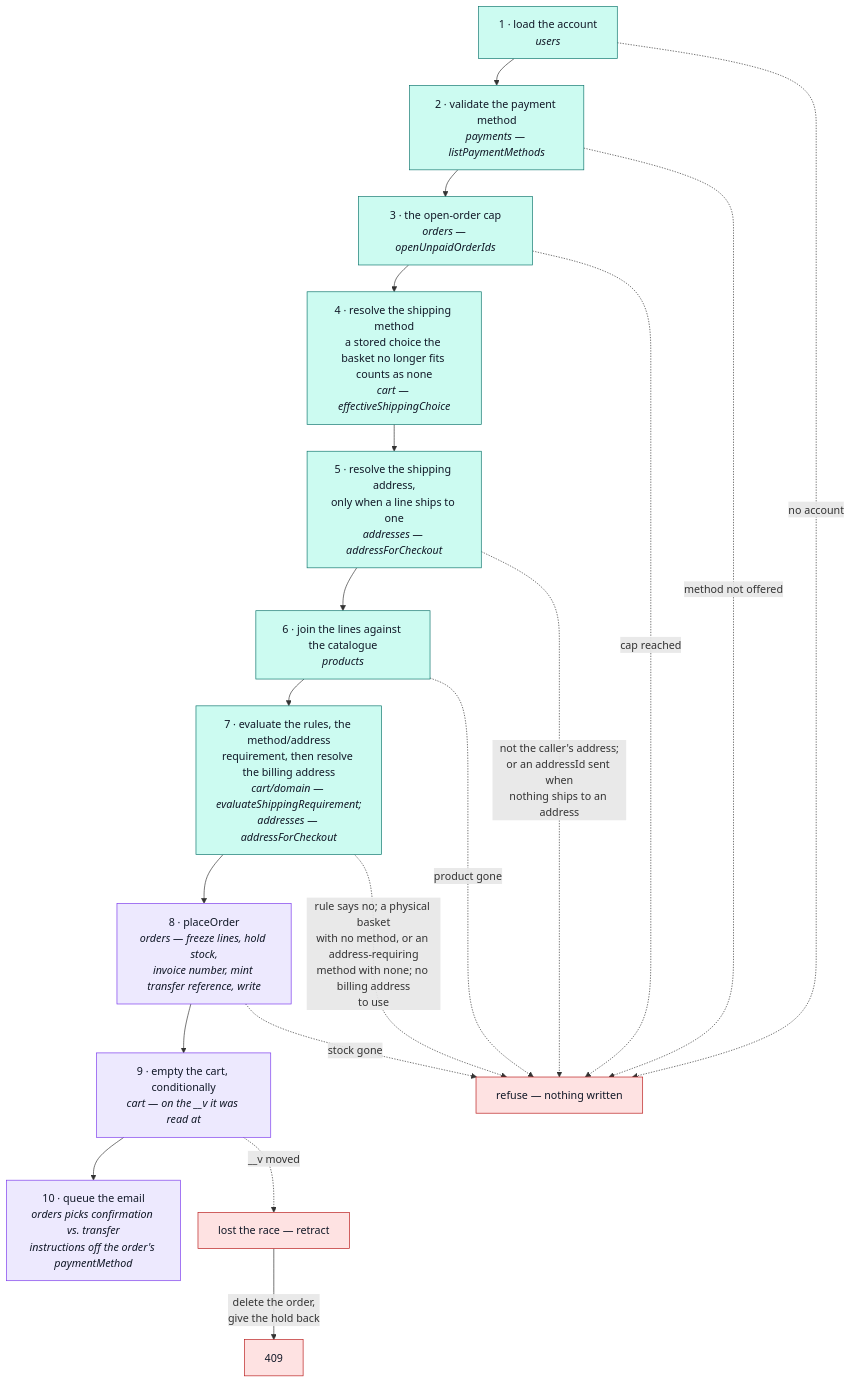
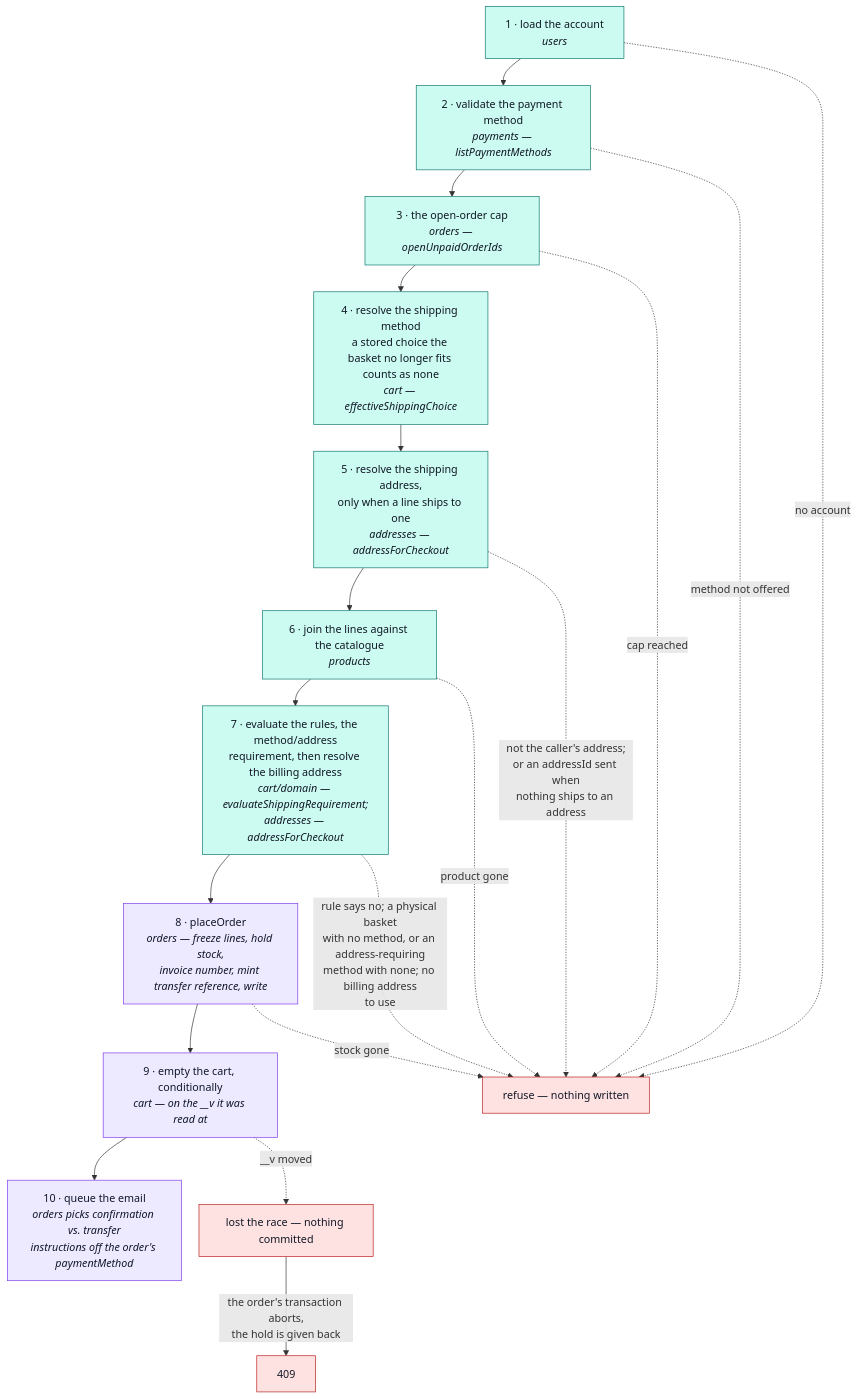
Before and after one commit to Guebbit/boilerplate-node-backend: the diagram in docs/modules/cart-checkout.md, drawn with Mermaid. The commit also changed other lines of this file and 10 other files, not shown here.

First line of the commit message:
fix(cart): clear the cart inside the order's transaction, so a lost race leaves nothing to retract

````diff
--- a/docs/modules/cart-checkout.md
+++ b/docs/modules/cart-checkout.md
@@ -25,33 +25,33 @@
 ```mermaid
 %%{init: {'flowchart': {'nodeSpacing': 26, 'rankSpacing': 40}}}%%
 flowchart TD
     A["1 · load the account<br/><i>users</i>"] --> P["2 · validate the payment method<br/><i>payments — listPaymentMethods</i>"]
     P --> Q["3 · the open-order cap<br/><i>orders — openUnpaidOrderIds</i>"]
     Q --> B["4 · resolve the shipping method<br/>a stored choice the basket no longer fits counts as none<br/><i>cart — effectiveShippingChoice</i>"]
     B --> C["5 · resolve the shipping address,<br/>only when a line ships to one<br/><i>addresses — addressForCheckout</i>"]
     C --> D["6 · join the lines against the catalogue<br/><i>products</i>"]
     D --> E["7 · evaluate the rules, the method/address<br/>requirement, then resolve the billing address<br/><i>cart/domain — evaluateShippingRequirement;<br/>addresses — addressForCheckout</i>"]
     E --> F["8 · placeOrder<br/><i>orders — freeze lines, hold stock,<br/>invoice number, mint transfer reference, write</i>"]
     F --> H["9 · empty the cart, conditionally<br/><i>cart — on the __v it was read at</i>"]
     H --> I["10 · queue the email<br/><i>orders picks confirmation vs. transfer<br/>instructions off the order's paymentMethod</i>"]
 
     R["refuse — nothing written"]
     A -.->|"no account"| R
     P -.->|"method not offered"| R
     Q -.->|"cap reached"| R
         C -.->|"not the caller's address;<br/>or an addressId sent when<br/>nothing ships to an address"| R
     D -.->|"product gone"| R
     E -.->|"rule says no; a physical basket<br/>with no method, or an address-requiring<br/>method with none; no billing address<br/>to use"| R
     F -.->|"stock gone"| R
 
-    L["lost the race — retract"]
+    L["lost the race — nothing committed"]
     H -.->|"__v moved"| L
-    L -->|"delete the order,<br/>give the hold back"| M["409"]
+    L -->|"the order's transaction aborts,<br/>the hold is given back"| M["409"]
 
     classDef read fill:#ccfbf1,stroke:#0f766e,color:#111827;
     classDef write fill:#ede9fe,stroke:#7c3aed,color:#111827;
     classDef bad fill:#fee2e2,stroke:#b91c1c,color:#111827;
     class A,P,Q,B,C,D,E read;
     class F,H,I write;
     class R,L,M bad;
 ```
````
